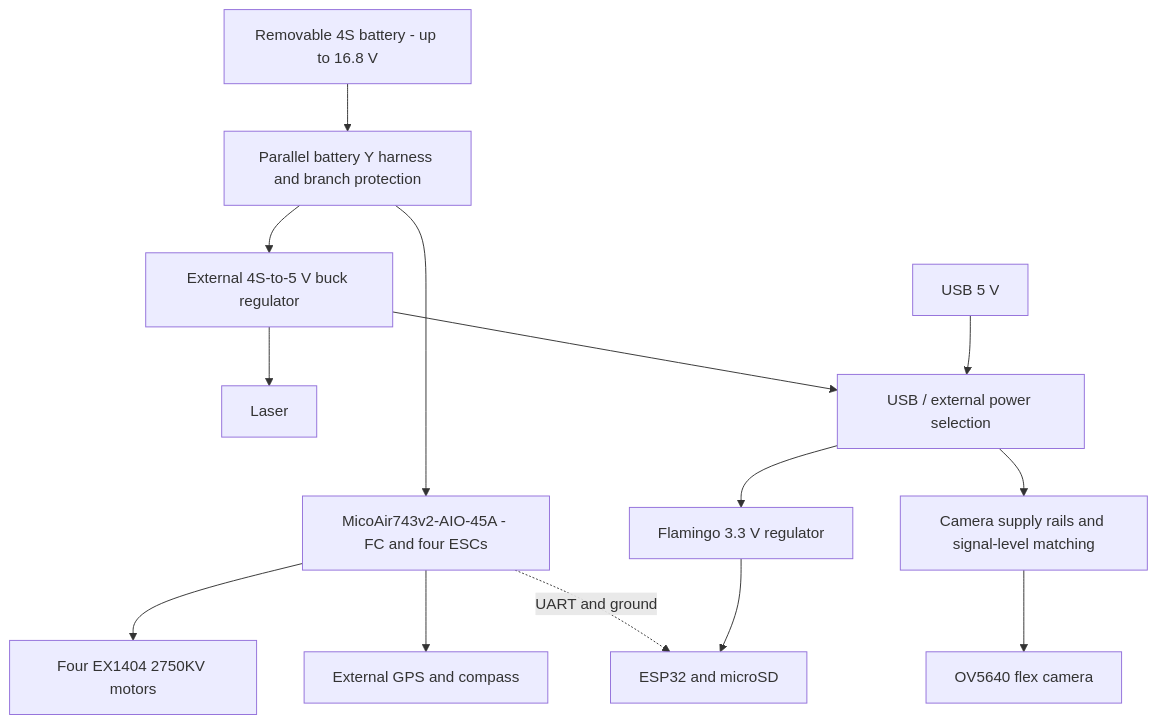
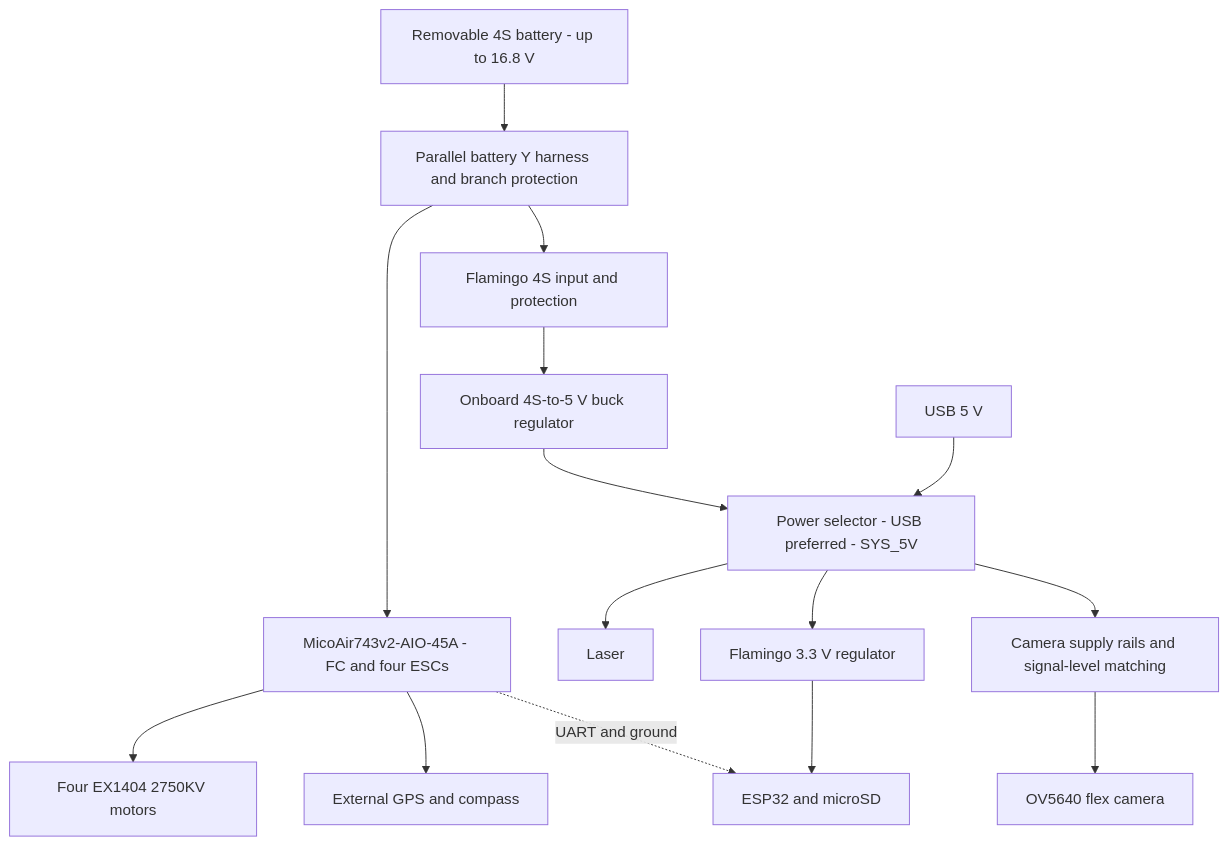
The diagram in Flamingo/COMPONENTS.md (carnegie-mellon-rocket-command/payload-hw27-usli), drawn with Mermaid before and after one commit. The commit also changed other lines of this file and 21 other files, not shown here.

````diff
--- a/Flamingo/COMPONENTS.md
+++ b/Flamingo/COMPONENTS.md
@@ -22,16 +24,17 @@
 ```mermaid
 flowchart TD
     B[Removable 4S battery - up to 16.8 V] --> P[Parallel battery Y harness and branch protection]
     P --> FC[MicoAir743v2-AIO-45A - FC and four ESCs]
     FC --> M[Four EX1404 2750KV motors]
     FC --> GPS[External GPS and compass]
     FC -. UART and ground .-> E
-    P --> V5[External 4S-to-5 V buck regulator]
-    V5 --> L[Laser]
-    V5 --> S[USB / external power selection]
+    P --> FIN[Flamingo 4S input and protection]
+    FIN --> V5[Onboard 4S-to-5 V buck regulator]
+    S --> L[Laser]
+    V5 --> S[Power selector - USB preferred - SYS_5V]
     U[USB 5 V] --> S
     S --> V3[Flamingo 3.3 V regulator]
     V3 --> E[ESP32 and microSD]
     S --> CP[Camera supply rails and signal-level matching]
     CP --> C[OV5640 flex camera]
 ```
````
